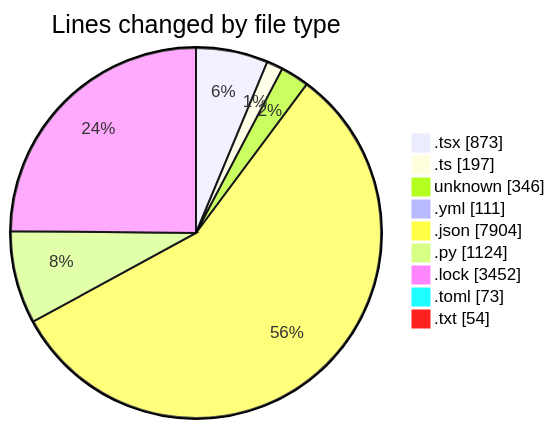
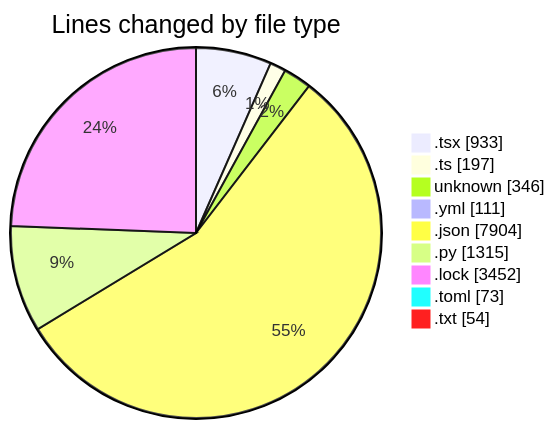
The first of 2 diagrams in 2025-05-20/niten/README.md (Elitesun/code-tracking), drawn with Mermaid before and after one commit. The commit also changed other lines of this file and 1 other file, not shown here.

````diff
--- a/2025-05-20/niten/README.md
+++ b/2025-05-20/niten/README.md
@@ -48,13 +49,13 @@
 ```mermaid
 pie showData
 title Lines changed by file type
-".tsx" : 873
+".tsx" : 933
 ".ts" : 197
 "unknown" : 346
 ".yml" : 111
 ".json" : 7904
-".py" : 1124
+".py" : 1315
 ".lock" : 3452
 ".toml" : 73
 ".txt" : 54
 ```
````
